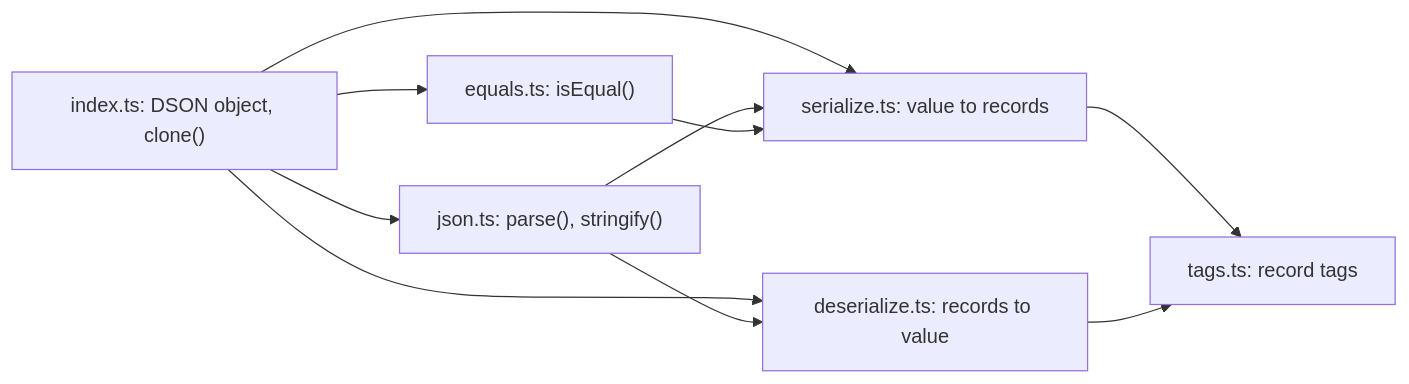
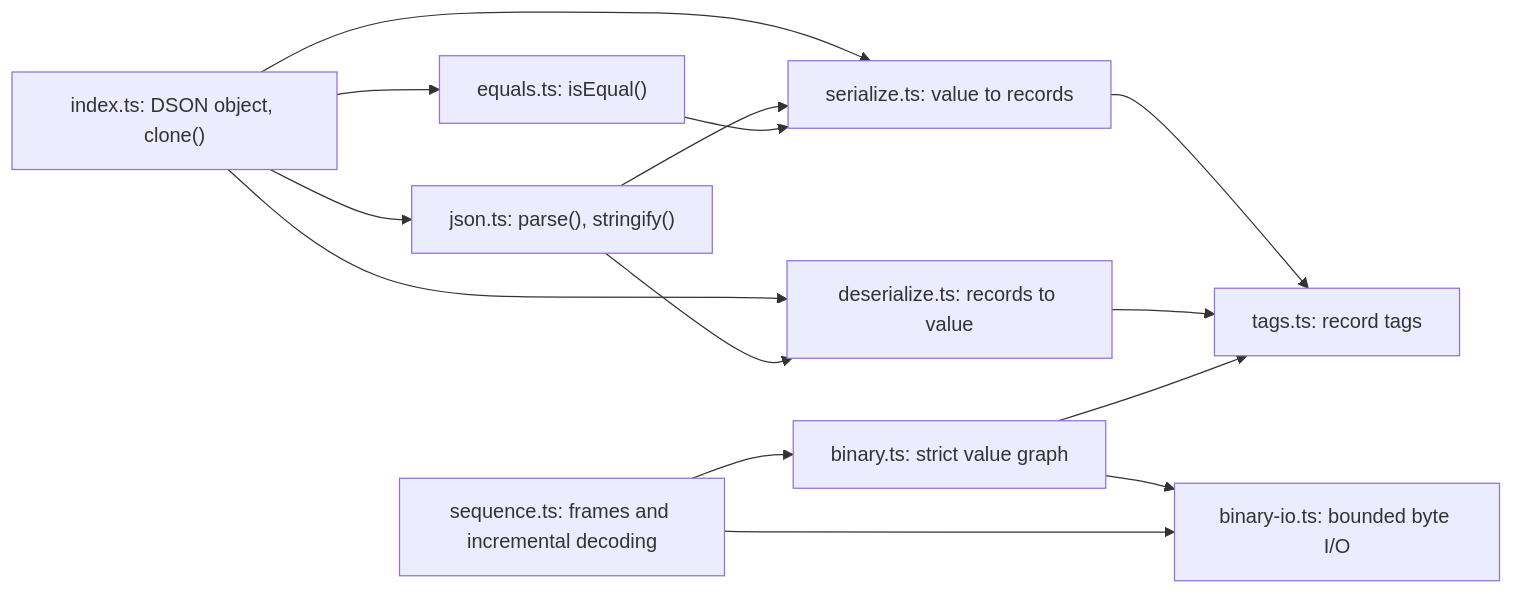
The diagram in ARCH.md (kyr0/defuss-dson), drawn with Mermaid before and after one commit. The commit also changed other lines of this file and 30 other files, not shown here.

Commit message:
Release 1.3.0 with binary and framed sequence codecs

````diff
--- a/ARCH.md
+++ b/ARCH.md
@@ -7,12 +7,16 @@
 ```mermaid
 flowchart LR
   index["index.ts: DSON object, clone()"] --> json["json.ts: parse(), stringify()"]
   index --> equals["equals.ts: isEqual()"]
   index --> serialize
   index --> deserialize
   json --> serialize["serialize.ts: value to records"]
   json --> deserialize["deserialize.ts: records to value"]
   equals --> serialize
   serialize --> tags["tags.ts: record tags"]
   deserialize --> tags
+  sequence["sequence.ts: frames and incremental decoding"] --> binary["binary.ts: strict value graph"]
+  binary --> bytes["binary-io.ts: bounded byte I/O"]
+  sequence --> bytes
+  binary --> tags
 ```
````
